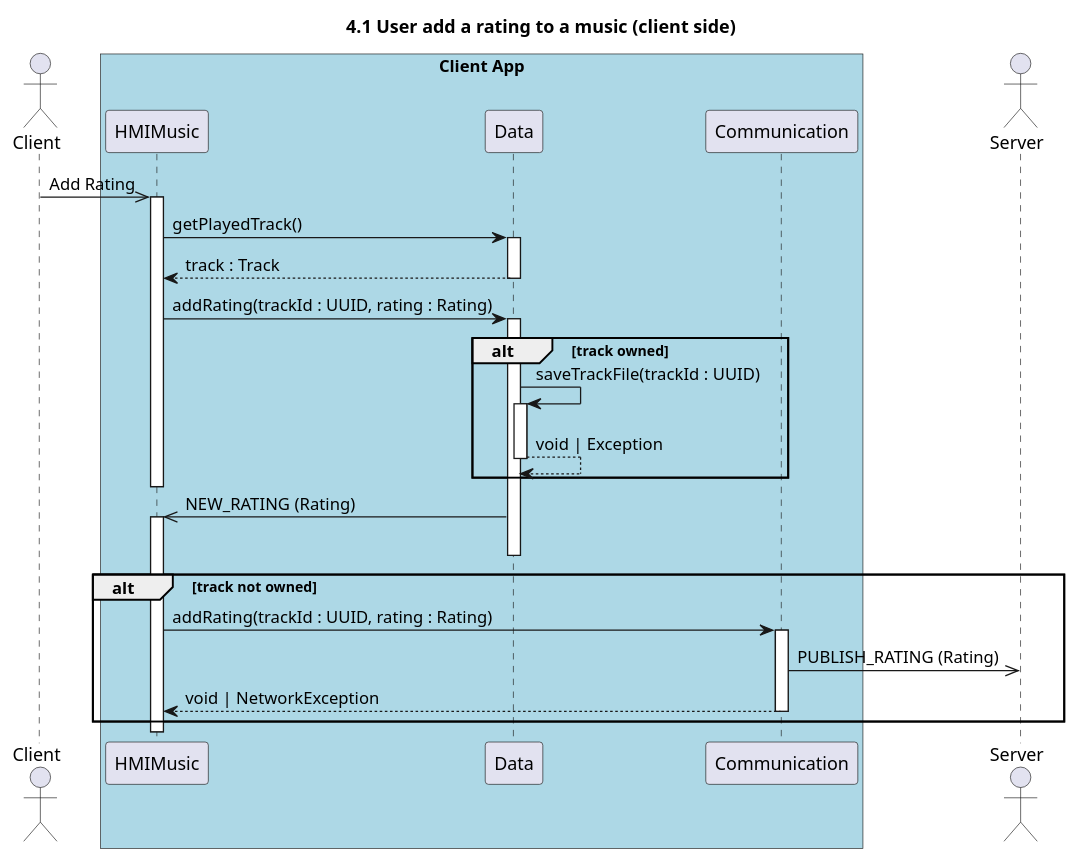
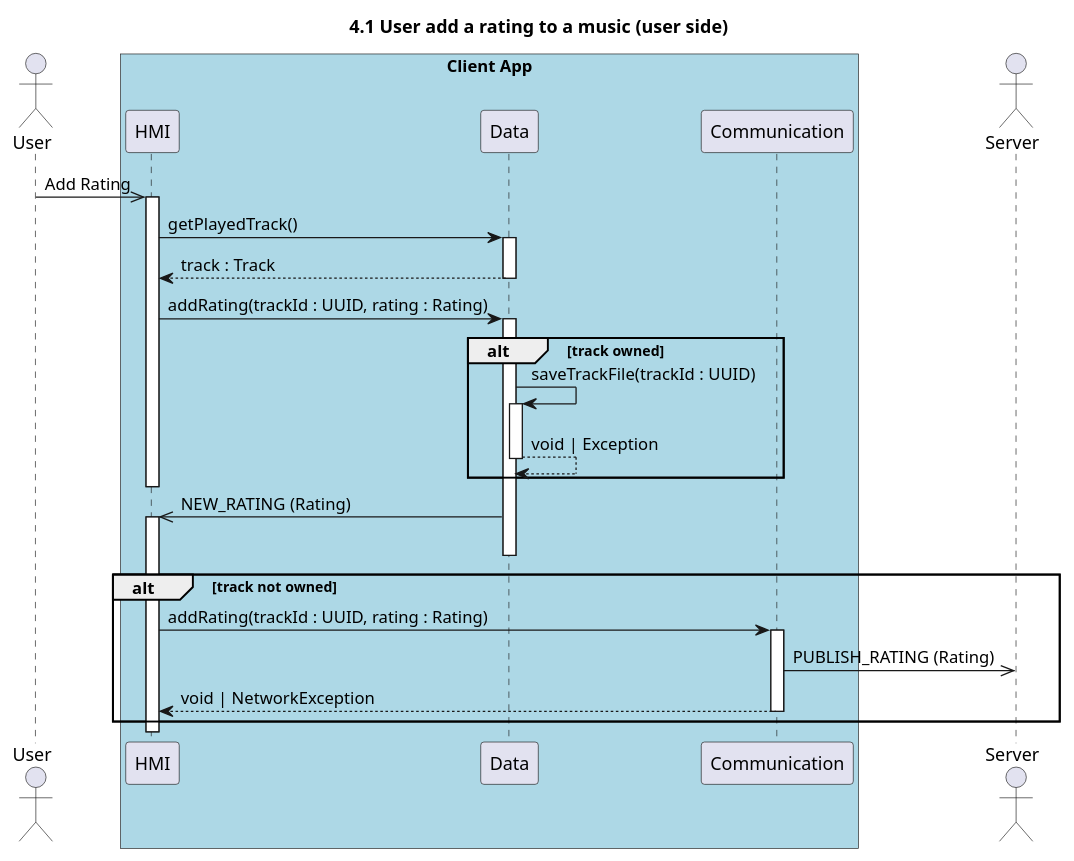
One commit to UTCAI12/Diagrams changed the diagram in sequence/4.1.add_rating_client.puml. Above: the diagram before and after it, drawn with PlantUML. The commit also changed 8 other files, not shown here.

```diff
--- a/sequence/4.1.add_rating_client.puml
+++ b/sequence/4.1.add_rating_client.puml
@@ -1,37 +1,35 @@
-@startuml 4.1 User add a rating to a music (client side)
-title 4.1 User add a rating to a music (client side)
+@startuml 4.1 User add a rating to a music (user side)
+title 4.1 User add a rating to a music (user side)
 
-actor Client as client
+actor "User" as user
+box "Client App" #LightBlue
+    participant "HMI" as hmi
+    participant "Data" as data
+    participant "Communication" as com
+end box
+actor "Server" as server
 
-box "Client App" #LightBlue
-    participant HMIMusic as hmi
-    participant Data as data
-    participant Communication as com
-end box
-
-actor Server as server
-
-client ->> hmi++: Add Rating
+user ->> hmi++: Add Rating
 
 hmi -> data++ : getPlayedTrack()
 return track : Track
 
 
 hmi -> data++ : addRating(trackId : UUID, rating : Rating)
 alt track owned
     data->data++: saveTrackFile(trackId : UUID)
     return void | Exception
 end
 
 deactivate hmi
 data->>hmi++:  NEW_RATING (Rating) 
 deactivate data 
 
 alt track not owned
     hmi -> com++ : addRating(trackId : UUID, rating : Rating)
     com ->> server : PUBLISH_RATING (Rating)
     return void | NetworkException
 end
 
 
 @enduml
```
